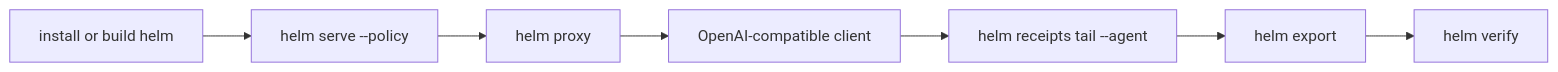
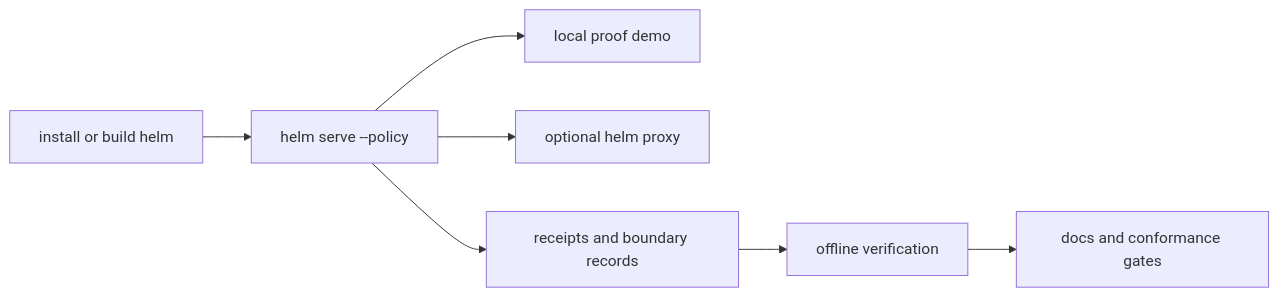
The diagram in docs/DEVELOPER_JOURNEY.md (Mindburn-Labs/helm-ai-kernel), drawn with Mermaid before and after one commit. The commit also changed other lines of this file and 238 other files, not shown here.

````diff
--- a/docs/DEVELOPER_JOURNEY.md
+++ b/docs/DEVELOPER_JOURNEY.md
@@ -10,9 +10,9 @@
 ```mermaid
 flowchart LR
   Install["install or build helm"] --> Serve["helm serve --policy"]
-  Serve --> Proxy["helm proxy"]
-  Proxy --> Client["OpenAI-compatible client"]
-  Client --> Receipts["helm receipts tail --agent"]
-  Receipts --> Export["helm export"]
-  Export --> Verify["helm verify"]
+  Serve --> Demo["local proof demo"]
+  Serve --> Proxy["optional helm proxy"]
+  Serve --> Receipts["receipts and boundary records"]
+  Receipts --> Verify["offline verification"]
+  Verify --> Gates["docs and conformance gates"]
 ```
````
